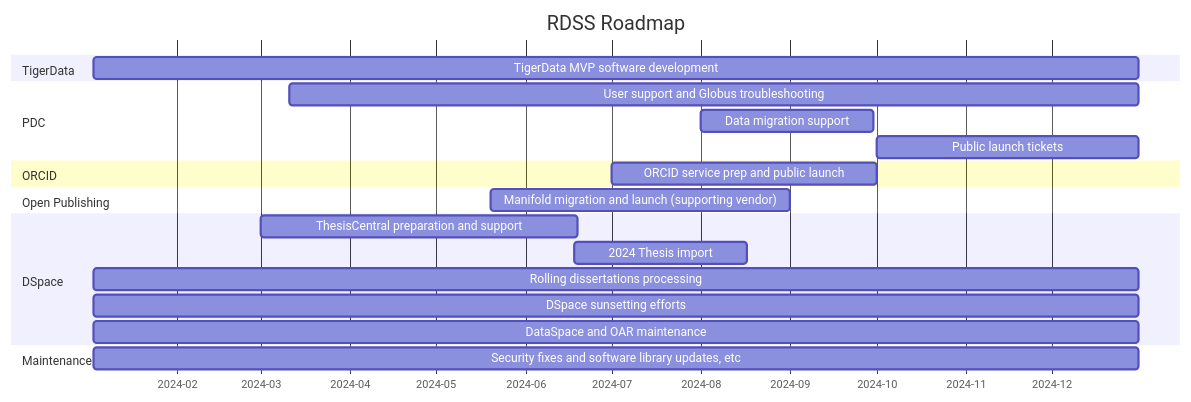
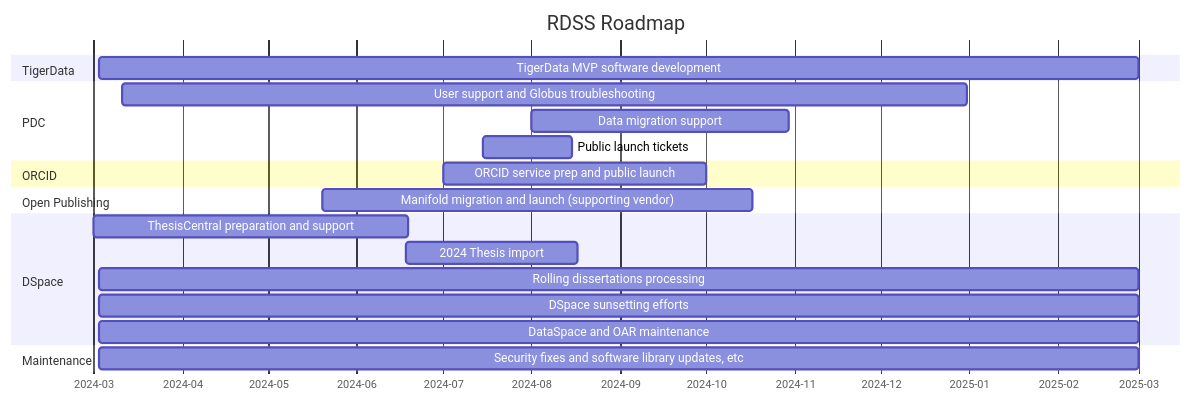
One commit to pulibrary/rdss-handbook changed the diagram in roadmap.md. Above: the diagram before and after it, drawn with Mermaid.

Commit message:
Added roadmap updates from sprint wrap-up (#287)

````diff
--- a/roadmap.md
+++ b/roadmap.md
@@ -5,24 +5,24 @@
 ```mermaid
 gantt
     title RDSS Roadmap
     axisFormat  %Y-%m
     dateformat YYYY-MM
     section TigerData
-    TigerData MVP software development: td1,2024-01-03,363d
+    TigerData MVP software development: td1,2024-03-03,363d
     section PDC
     User support and Globus troubleshooting: pd1,2024-03-11,295d
-    Data migration support: pd2, 2024-08-01,60d
-    Public launch tickets: pd3,2024-10-01,91d
+    Data migration support: pd2, 2024-08-01,90d
+    Public launch tickets: pd3,2024-07-15,31d
     section ORCID
     ORCID service prep and public launch: or1,2024-07-01,92d
     section Open Publishing
-    Manifold migration and launch (supporting vendor): op1,2024-05-20,104d
+    Manifold migration and launch (supporting vendor): op1,2024-05-20,150d
     section DSpace
     ThesisCentral preparation and support: dsp1,2024-03-01,110d
     2024 Thesis import: dsp2,2024-06-18,60d
-    Rolling dissertations processing: dsp3,2024-01-03,363d
-    DSpace sunsetting efforts: dsp4,2024-01-03,363d
-    DataSpace and OAR maintenance: dsp5,2024-01-03,363d
+    Rolling dissertations processing: dsp3,2024-03-03,363d
+    DSpace sunsetting efforts: dsp4,2024-03-03,363d
+    DataSpace and OAR maintenance: dsp5,2024-03-03,363d
     section Maintenance
-    Security fixes and software library updates, etc: man1,2024-01-03,363d
+    Security fixes and software library updates, etc: man1,2024-03-03,363d
 ```
````
